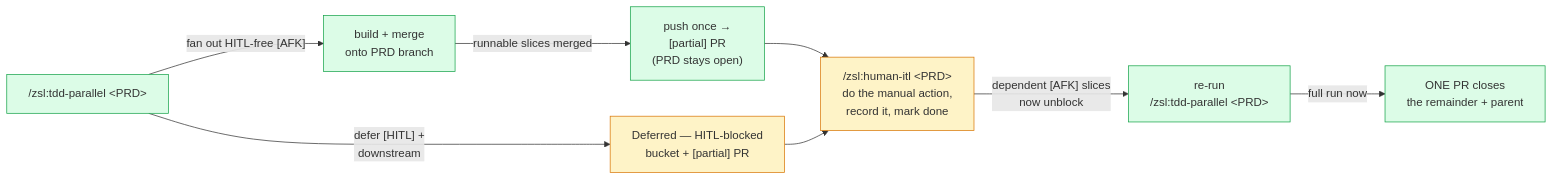
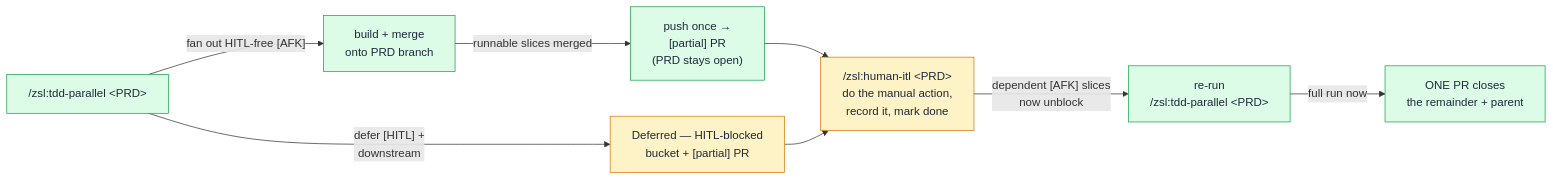
The second of 2 diagrams in docs/tdd-parallel.md (ZunoSmartLabs/zsl-superpowers), drawn with Mermaid before and after one commit. The commit also changed 8 other files, not shown here.

First line of the commit message:
docs(remote-agents): add scheduling rationale + fix dark-mode diagram text

````diff
--- a/docs/tdd-parallel.md
+++ b/docs/tdd-parallel.md
@@ -173,15 +173,15 @@
 ```mermaid
 flowchart LR
     tp["/zsl:tdd-parallel &lt;PRD&gt;"] -->|"defer [HITL] +<br/>downstream"| skip["Deferred — HITL-blocked<br/>bucket + [partial] PR"]
     tp -->|"fan out HITL-free [AFK]"| afk["build + merge<br/>onto PRD branch"]
     afk -->|"runnable slices merged"| ppr["push once →<br/>[partial] PR<br/>(PRD stays open)"]
     ppr --> hi["/zsl:human-itl &lt;PRD&gt;<br/>do the manual action,<br/>record it, mark done"]
     skip --> hi
     hi -->|"dependent [AFK] slices<br/>now unblock"| rerun["re-run<br/>/zsl:tdd-parallel &lt;PRD&gt;"]
     rerun -->|"full run now"| pr["ONE PR closes<br/>the remainder + parent"]
 
-    classDef good fill:#dcfce7,stroke:#16a34a;
-    classDef ok fill:#fef3c7,stroke:#d97706;
+    classDef good fill:#dcfce7,stroke:#16a34a,color:#1e293b;
+    classDef ok fill:#fef3c7,stroke:#d97706,color:#1e293b;
     class tp,afk,rerun,pr,ppr good
     class skip,hi ok
 ```
````
